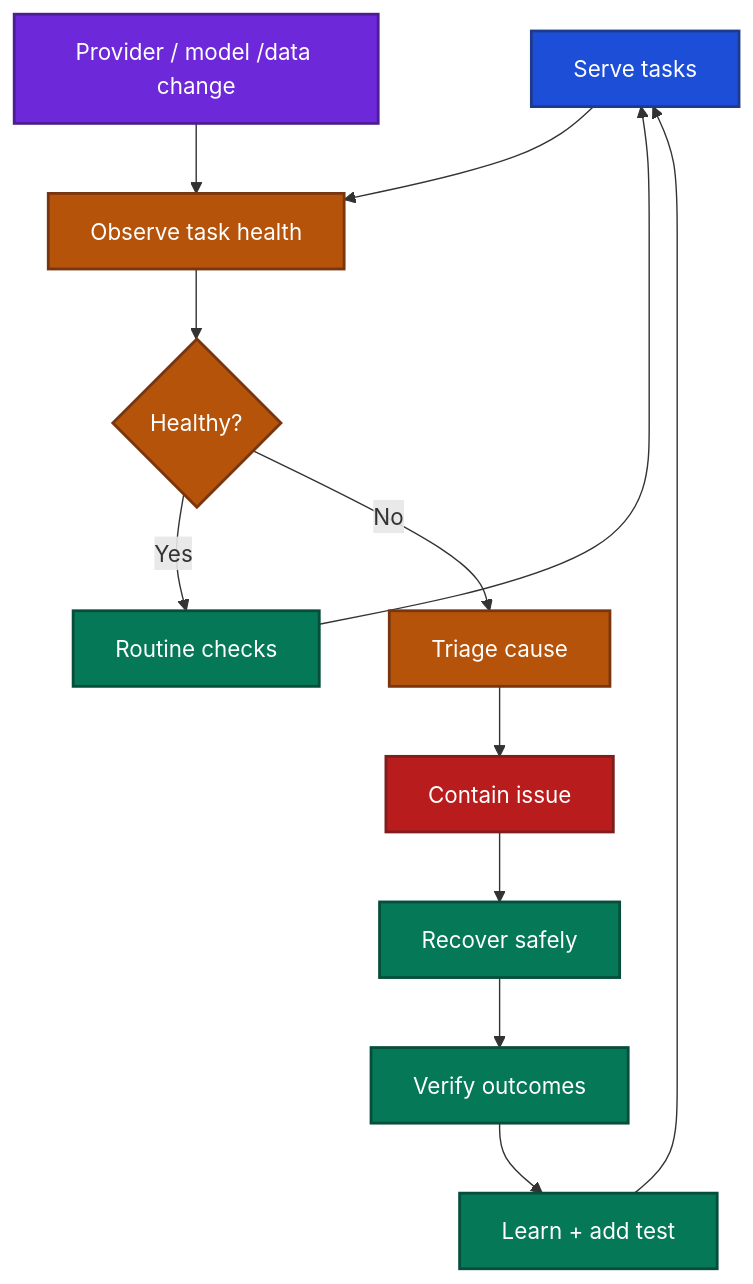
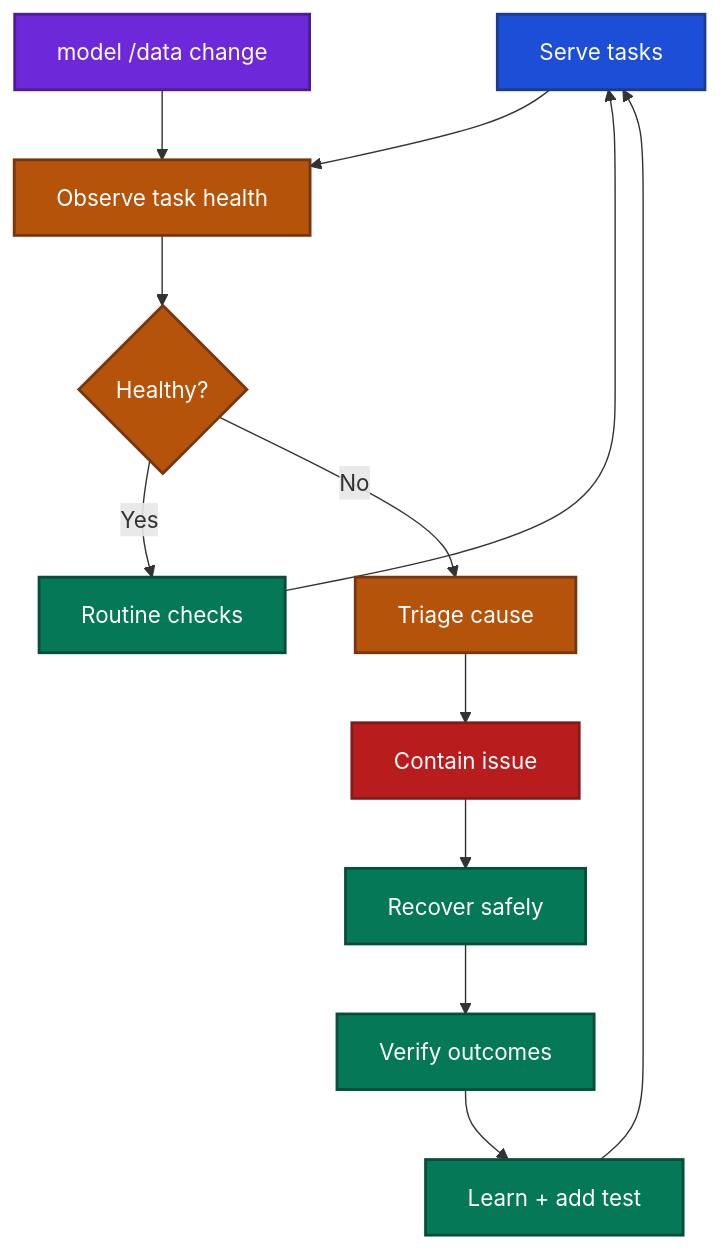
Before and after one commit to FinanceFlash/unvibecode: the first of 3 diagrams in AI Engineering Cheatsheet/AI system design/AI_OPERATIONS_IMPLEMENTATION_GUIDE.md, drawn with Mermaid.

````diff
--- a/AI Engineering Cheatsheet/AI system design/AI_OPERATIONS_IMPLEMENTATION_GUIDE.md
+++ b/AI Engineering Cheatsheet/AI system design/AI_OPERATIONS_IMPLEMENTATION_GUIDE.md
@@ -18,29 +18,29 @@
 ```mermaid
 flowchart TD
     A["Serve tasks"] --> B["Observe task health"]
     B --> C{"Healthy?"}
 
     C -->|Yes| D["Routine checks"]
     D --> A
 
     C -->|No| E["Triage cause"]
     E --> F["Contain issue"]
     F --> G["Recover safely"]
     G --> H["Verify outcomes"]
     H --> I["Learn + add test"]
     I --> A
 
-    J["Provider / model /data change"] --> B
+    J["model /data change"] --> B
 
     classDef live fill:#1d4ed8,stroke:#1e3a8a,stroke-width:2px,color:#ffffff;
     classDef inspect fill:#b45309,stroke:#78350f,stroke-width:2px,color:#ffffff;
     classDef danger fill:#b91c1c,stroke:#7f1d1d,stroke-width:2px,color:#ffffff;
     classDef safe fill:#047857,stroke:#064e3b,stroke-width:2px,color:#ffffff;
     classDef external fill:#6d28d9,stroke:#4c1d95,stroke-width:2px,color:#ffffff;
 
     class A live;
     class B,C,E inspect;
     class F danger;
     class D,G,H,I safe;
     class J external;
 ```
````
